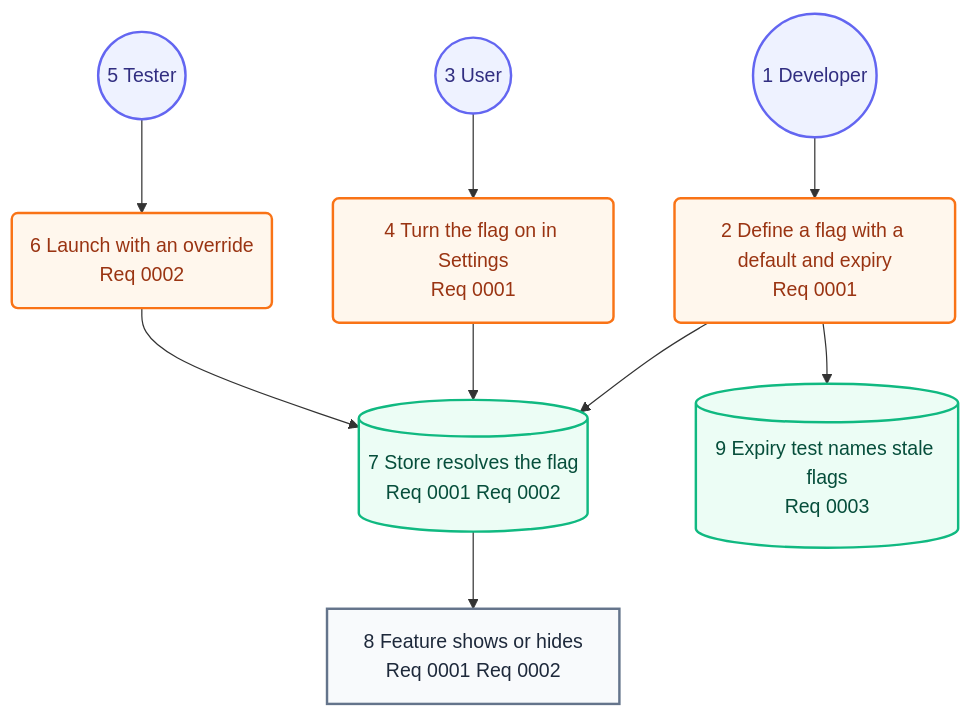
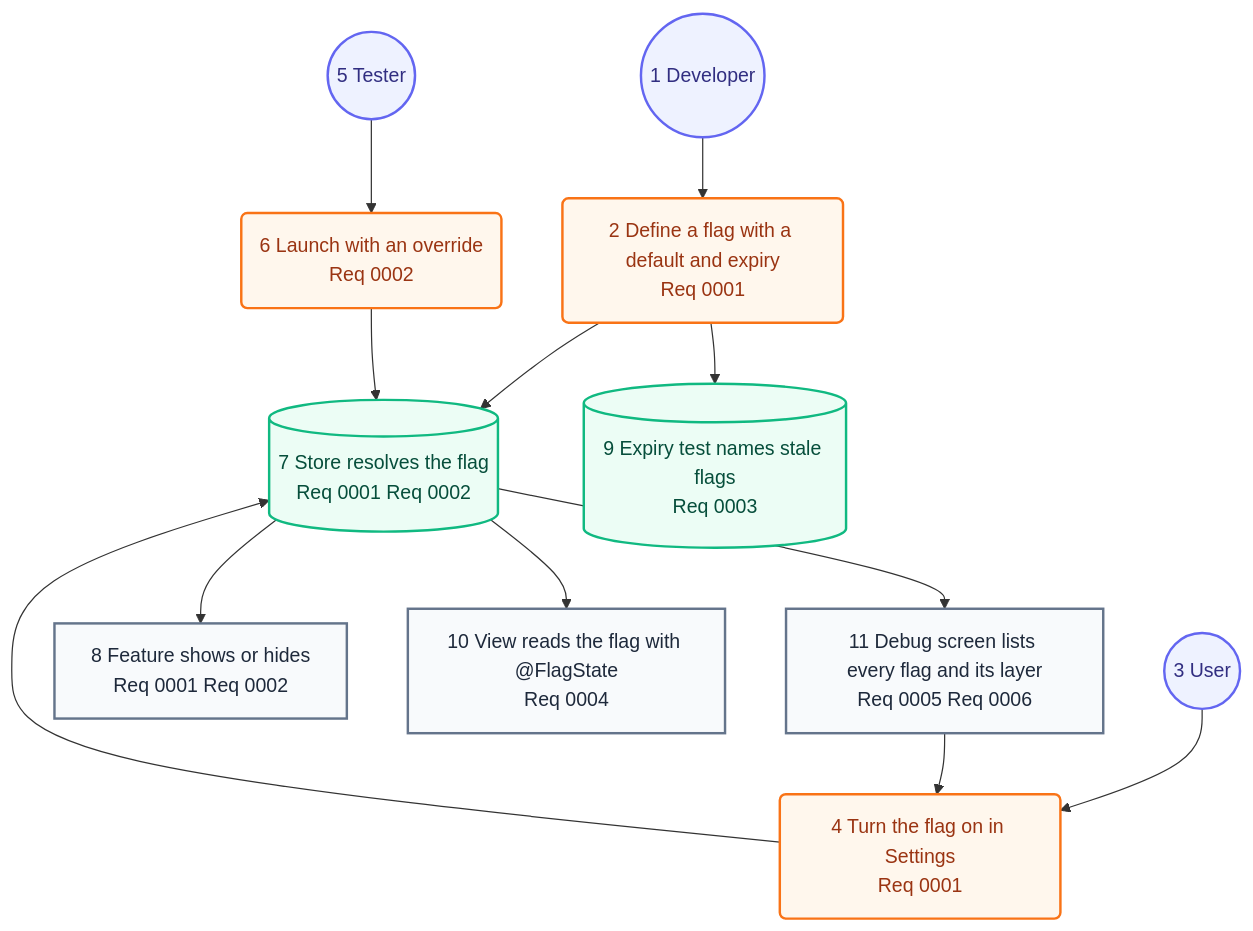
The second of 2 diagrams in docs/architecture/05-user-journey.md (may-journal/feature-flag-kit), drawn with Mermaid before and after one commit. The commit also changed other lines of this file and 30 other files, not shown here.

First line of the commit message:
feat(ui): SwiftUI flag wrapper and debug screen (#8)

````diff
--- a/docs/architecture/05-user-journey.md
+++ b/docs/architecture/05-user-journey.md
@@ -31,26 +31,31 @@
 ```mermaid
 flowchart TB
     developer((1 Developer)):::persona
     define(2 Define a flag with a default and expiry<br/>Req 0001):::action
     user((3 User)):::persona
     toggle(4 Turn the flag on in Settings<br/>Req 0001):::action
     tester((5 Tester)):::persona
     launch(6 Launch with an override<br/>Req 0002):::action
     resolve[(7 Store resolves the flag<br/>Req 0001 Req 0002)]:::system
     feature[8 Feature shows or hides<br/>Req 0001 Req 0002]:::screen
     expiry[(9 Expiry test names stale flags<br/>Req 0003)]:::system
+    view[10 View reads the flag with @FlagState<br/>Req 0004]:::screen
+    debug[11 Debug screen lists every flag and its layer<br/>Req 0005 Req 0006]:::screen
 
     developer --> define
     user --> toggle
     tester --> launch
     define --> resolve
     toggle --> resolve
     launch --> resolve
     resolve --> feature
     define --> expiry
+    resolve --> view
+    resolve --> debug
+    debug --> toggle
 
     classDef persona fill:#eef2ff,stroke:#6366f1,color:#312e81,stroke-width:2px
     classDef screen fill:#f8fafc,stroke:#64748b,color:#1e293b,stroke-width:2px
     classDef action fill:#fff7ed,stroke:#f97316,color:#9a3412,stroke-width:2px
     classDef system fill:#ecfdf5,stroke:#10b981,color:#064e3b,stroke-width:2px
 ```
````
